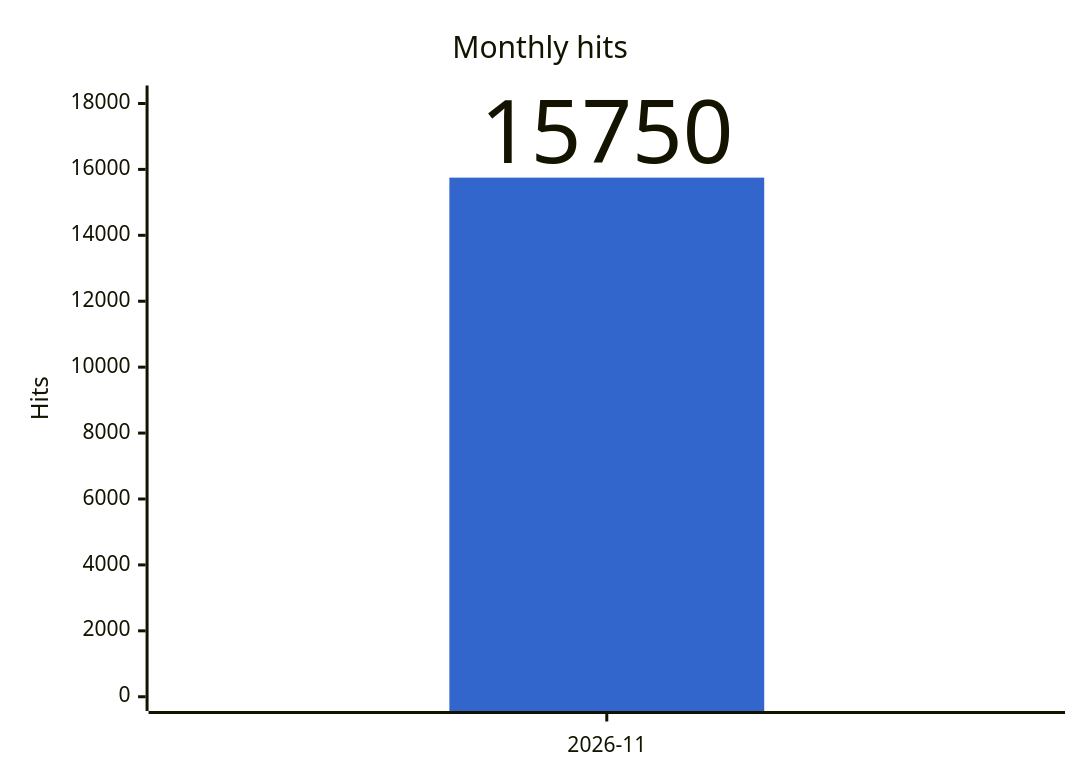
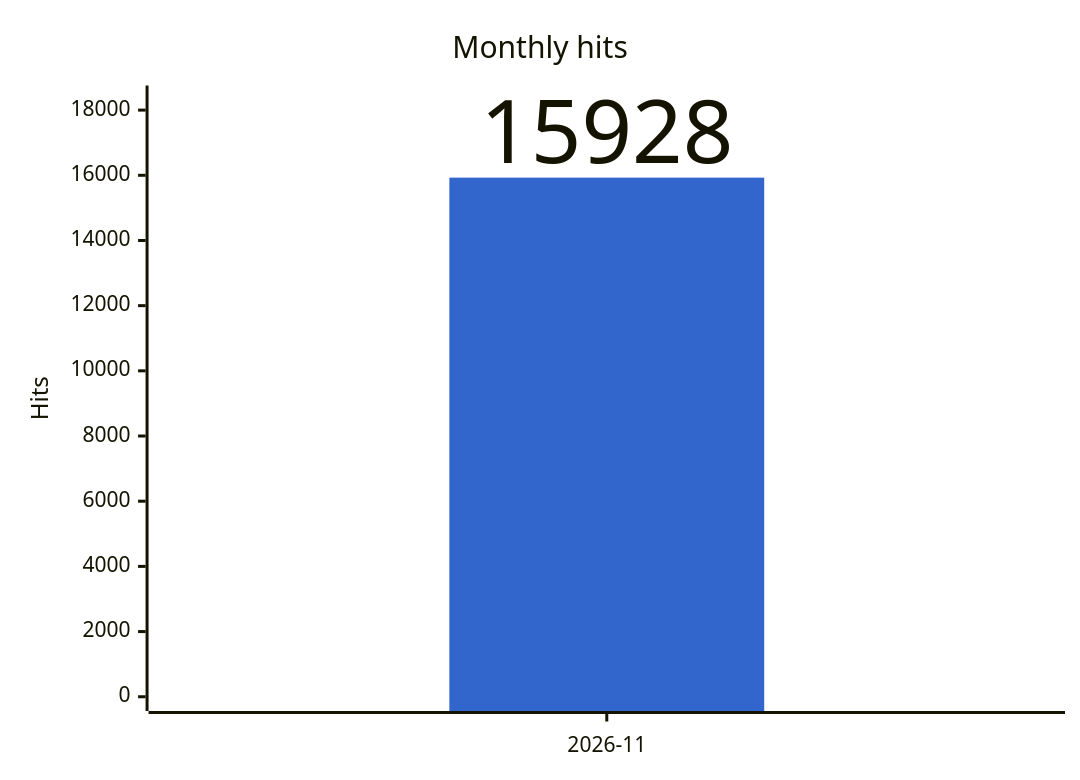
Before and after one commit to gmoulard/wikipedia2book: the fourth of 4 diagrams in docs/stats.md, drawn with Mermaid. The commit also changed other lines of this file and 3 other files, not shown here.

````diff
--- a/docs/stats.md
+++ b/docs/stats.md
@@ -54,8 +54,8 @@
 ```mermaid
 %%{init: {"xyChart": {"width": 700, "showDataLabel": true, "showDataLabelOutsideBar": true}, "themeVariables": {"xyChart": {"plotColorPalette": "#3366cc"}}}}%%
 xychart-beta
     title "Monthly hits"
     x-axis ["2026-11"]
-    y-axis "Hits" 0 --> 18113
-    bar [15750]
+    y-axis "Hits" 0 --> 18318
+    bar [15928]
 ```
````
